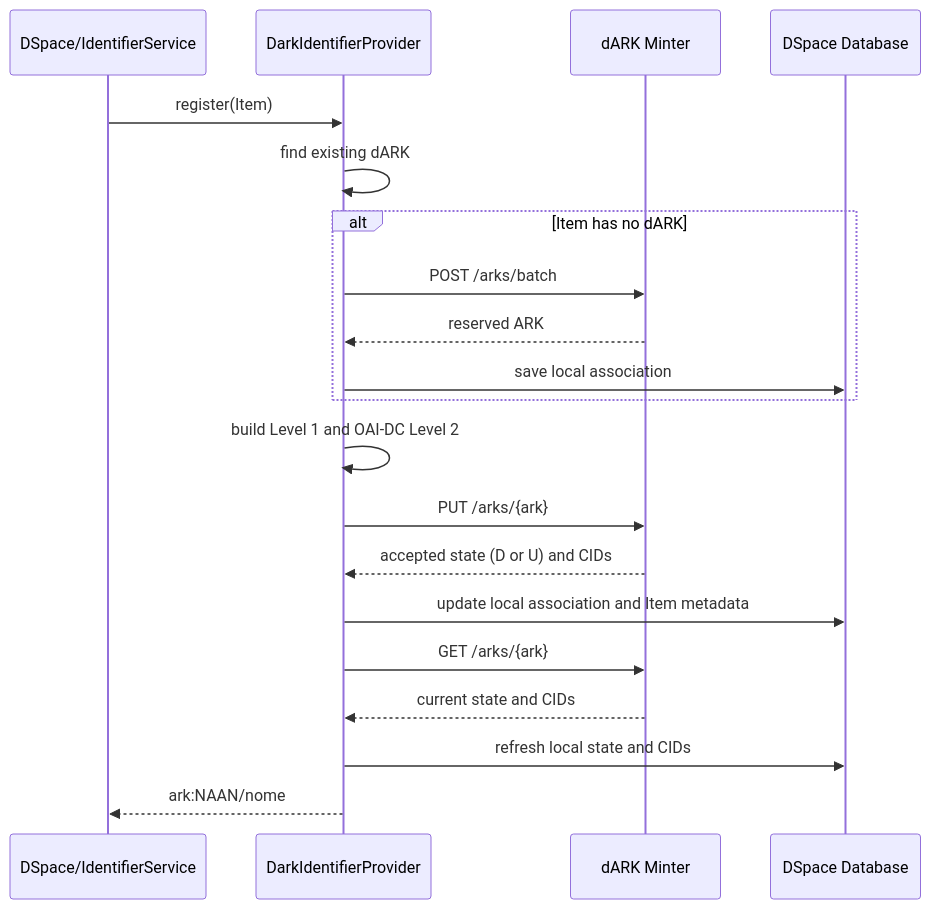
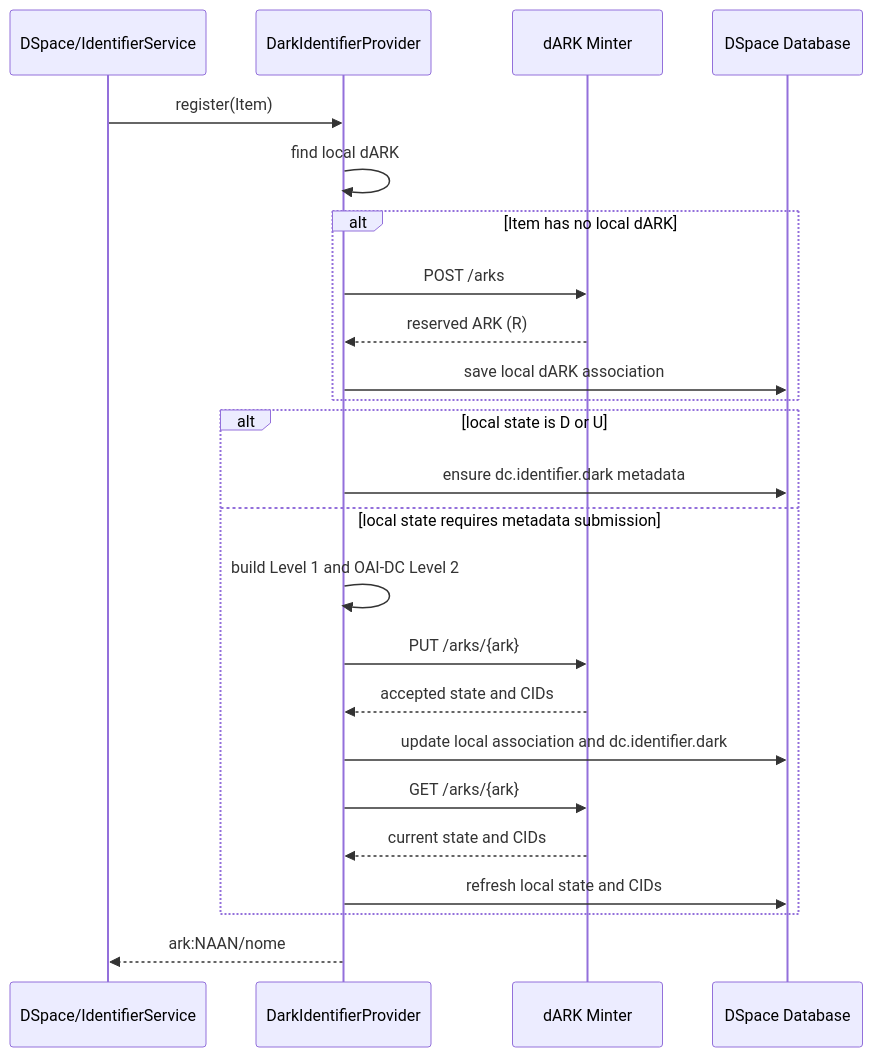
The first of 5 diagrams in docs/dark-dspace-integration.md (LA-Referencia-Lyrasis-Project/DSpace), drawn with Mermaid before and after one commit. The commit also changed other lines of this file, not shown here.

````diff
--- a/docs/dark-dspace-integration.md
+++ b/docs/dark-dspace-integration.md
@@ -96,23 +96,27 @@
 ```mermaid
 sequenceDiagram
     participant D as DSpace/IdentifierService
     participant P as DarkIdentifierProvider
     participant M as dARK Minter
     participant DB as DSpace Database
 
     D->>P: register(Item)
-    P->>P: find existing dARK
-    alt Item has no dARK
-        P->>M: POST /arks/batch
-      M-->>P: reserved ARK
-      P->>DB: save local association
+    P->>P: find local dARK
+    alt Item has no local dARK
+        P->>M: POST /arks
+        M-->>P: reserved ARK (R)
+        P->>DB: save local dARK association
     end
-    P->>P: build Level 1 and OAI-DC Level 2
-    P->>M: PUT /arks/{ark}
-    M-->>P: accepted state (D or U) and CIDs
-    P->>DB: update local association and Item metadata
-    P->>M: GET /arks/{ark}
-    M-->>P: current state and CIDs
-    P->>DB: refresh local state and CIDs
+    alt local state is D or U
+        P->>DB: ensure dc.identifier.dark metadata
+    else local state requires metadata submission
+        P->>P: build Level 1 and OAI-DC Level 2
+        P->>M: PUT /arks/{ark}
+        M-->>P: accepted state and CIDs
+        P->>DB: update local association and dc.identifier.dark
+        P->>M: GET /arks/{ark}
+        M-->>P: current state and CIDs
+        P->>DB: refresh local state and CIDs
+    end
     P-->>D: ark:NAAN/nome
 ```
````
